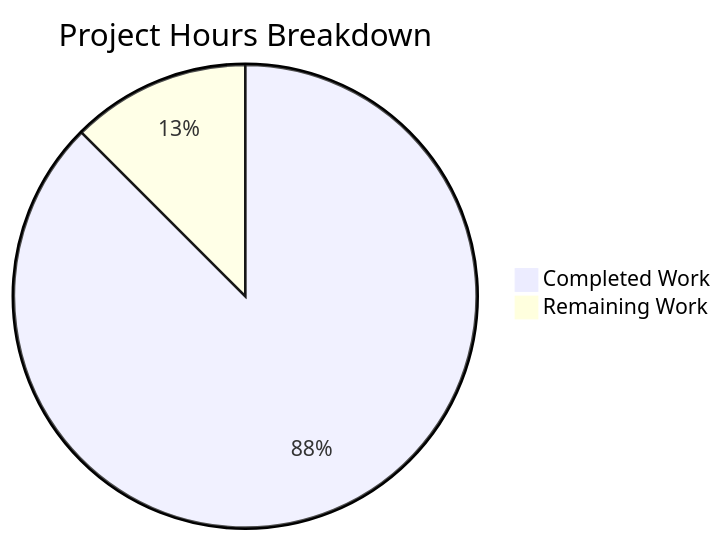
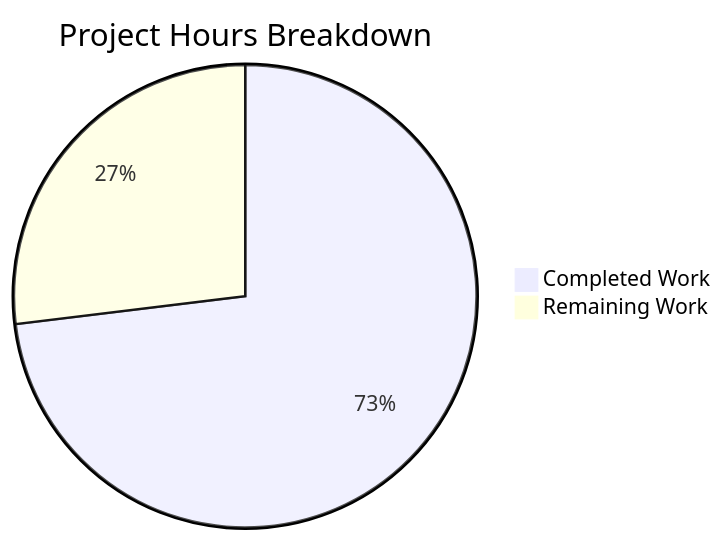
One commit to TestadoBlitzy/Existing-product changed the second of 2 diagrams in blitzy/documentation/Project Guide.md. Above: the diagram before and after it, drawn with Mermaid. The commit also changed other lines of this file, not shown here.

Commit message:
Adding Blitzy Project Guide: Project Status and Human Tasks Remaining

````diff
--- a/blitzy/documentation/Project Guide.md
+++ b/blitzy/documentation/Project Guide.md
@@ -204,5 +197,5 @@
 ```mermaid
 pie title Project Hours Breakdown
-    "Completed Work" : 42
-    "Remaining Work" : 6
+    "Completed Work" : 19
+    "Remaining Work" : 7
 ```
````
